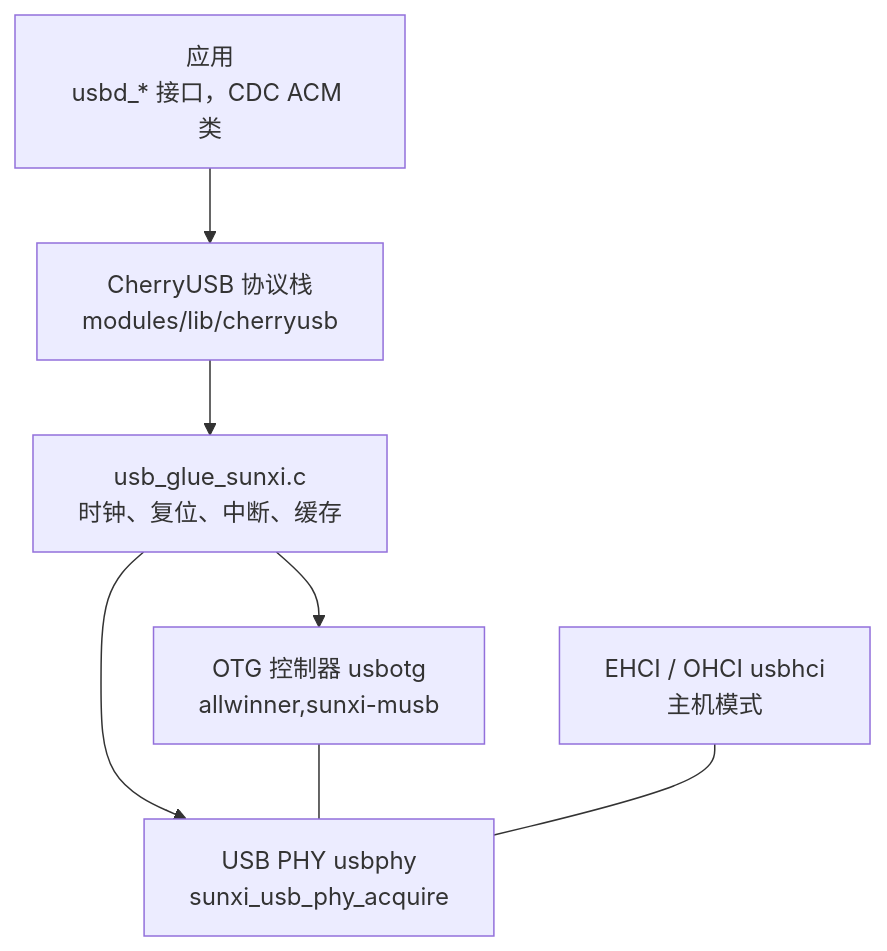
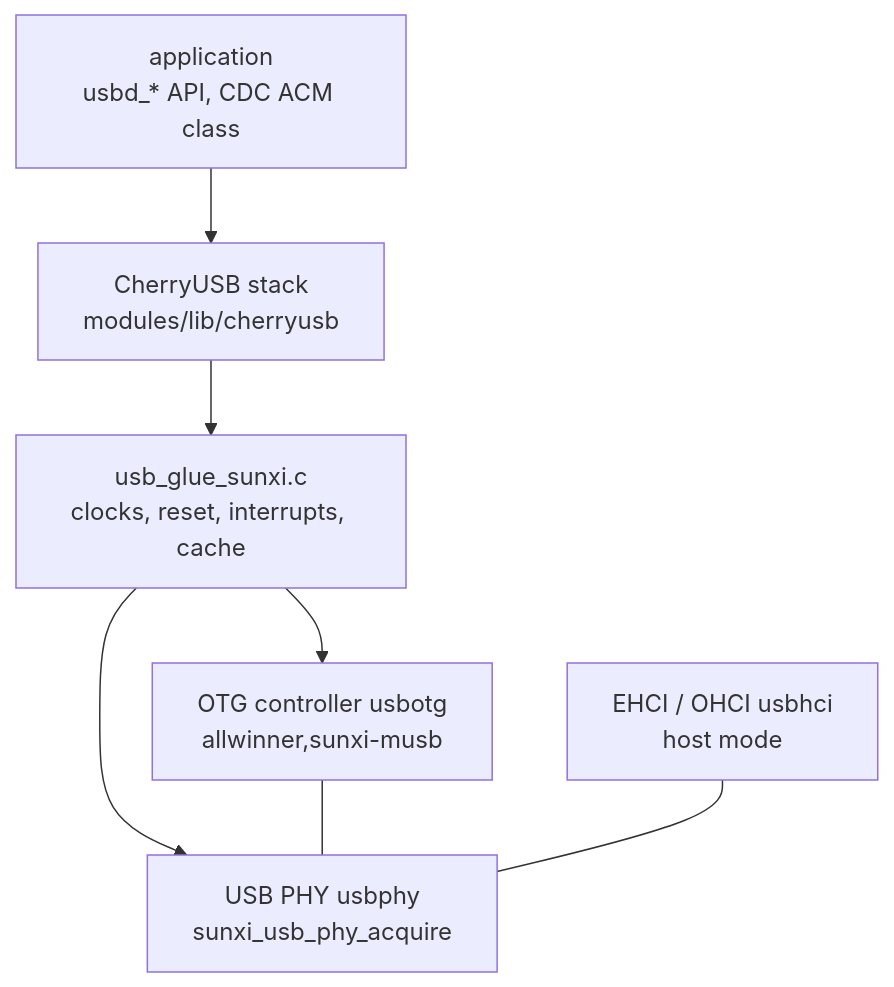
Before and after one commit to YuzukiHD/YuzukiNeko: the diagram in docs/src/content/docs/dev/zephyr/drivers/usb.md, drawn with Mermaid. The commit also changed other lines of this file and 216 other files, not shown here.

````diff
--- a/docs/src/content/docs/dev/zephyr/drivers/usb.md
+++ b/docs/src/content/docs/dev/zephyr/drivers/usb.md
@@ -7,9 +7,9 @@
 ```mermaid
 flowchart TB
-    APP["应用<br/>usbd_* 接口，CDC ACM 类"] --> CHERRY["CherryUSB 协议栈<br/>modules/lib/cherryusb"]
-    CHERRY --> GLUE["usb_glue_sunxi.c<br/>时钟、复位、中断、缓存"]
-    GLUE --> MUSB["OTG 控制器 usbotg<br/>allwinner,sunxi-musb"]
+    APP["application<br/>usbd_* API, CDC ACM class"] --> CHERRY["CherryUSB stack<br/>modules/lib/cherryusb"]
+    CHERRY --> GLUE["usb_glue_sunxi.c<br/>clocks, reset, interrupts, cache"]
+    GLUE --> MUSB["OTG controller usbotg<br/>allwinner,sunxi-musb"]
     GLUE --> PHY["USB PHY usbphy<br/>sunxi_usb_phy_acquire"]
     MUSB --- PHY
-    HCI["EHCI / OHCI usbhci<br/>主机模式"] --- PHY
+    HCI["EHCI / OHCI usbhci<br/>host mode"] --- PHY
 ```
````
